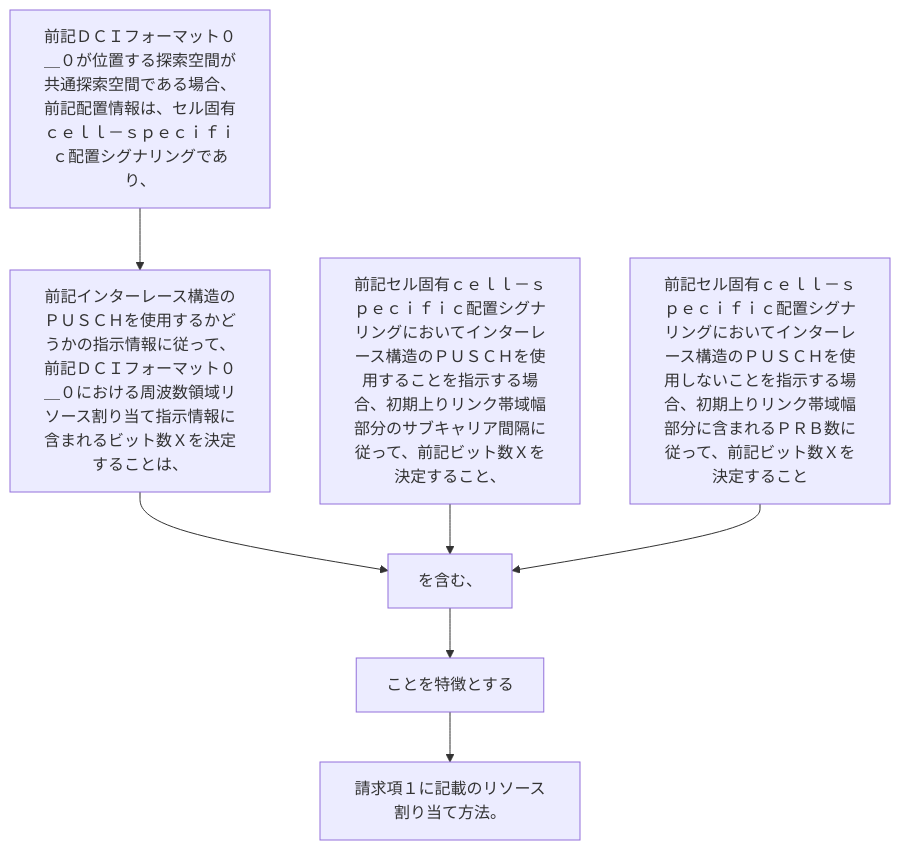
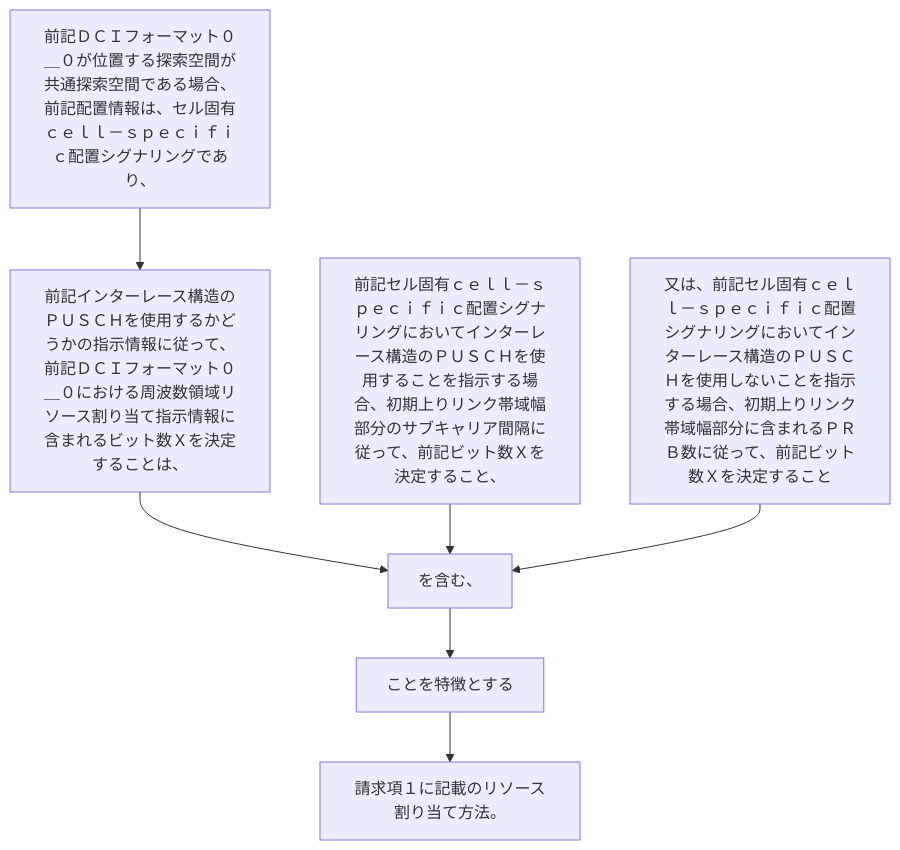
The diagram in 2024/JP2024029186A/claim_6/README.md (shinmori55/patent_analyzed), drawn with Mermaid before and after one commit. The commit also changed 336 other files, not shown here.

````diff
--- a/2024/JP2024029186A/claim_6/README.md
+++ b/2024/JP2024029186A/claim_6/README.md
@@ -6,17 +6,16 @@
 ```mermaid
 flowchart TD
-A["前記ＤＣＩフォーマット０＿０が位置する探索空間が共通探索空間である場合、前記配置情報は、セル固有ｃｅｌｌ－ｓｐｅｃｉｆｉｃ配置シグナリングであり、"]
-B["前記インターレース構造のＰＵＳＣＨを使用するかどうかの指示情報に従って、前記ＤＣＩフォーマット０＿０における周波数領域リソース割り当て指示情報に含まれるビット数Ｘを決定することは、"]
-C["前記セル固有ｃｅｌｌ－ｓｐｅｃｉｆｉｃ配置シグナリングにおいてインターレース構造のＰＵＳＣＨを使用することを指示する場合、初期上りリンク帯域幅部分のサブキャリア間隔に従って、前記ビット数Ｘを決定すること、"]
-E["前記セル固有ｃｅｌｌ－ｓｐｅｃｉｆｉｃ配置シグナリングにおいてインターレース構造のＰＵＳＣＨを使用しないことを指示する場合、初期上りリンク帯域幅部分に含まれるＰＲＢ数に従って、前記ビット数Ｘを決定すること"]
-F["を含む、"]
-G["ことを特徴とする"]
-H["請求項１に記載のリソース割り当て方法。"]
-
+A[前記ＤＣＩフォーマット０＿０が位置する探索空間が共通探索空間である場合、前記配置情報は、セル固有ｃｅｌｌ－ｓｐｅｃｉｆｉｃ配置シグナリングであり、]
+B[前記インターレース構造のＰＵＳＣＨを使用するかどうかの指示情報に従って、前記ＤＣＩフォーマット０＿０における周波数領域リソース割り当て指示情報に含まれるビット数Ｘを決定することは、]
+C[前記セル固有ｃｅｌｌ－ｓｐｅｃｉｆｉｃ配置シグナリングにおいてインターレース構造のＰＵＳＣＨを使用することを指示する場合、初期上りリンク帯域幅部分のサブキャリア間隔に従って、前記ビット数Ｘを決定すること、]
+D[又は、前記セル固有ｃｅｌｌ－ｓｐｅｃｉｆｉｃ配置シグナリングにおいてインターレース構造のＰＵＳＣＨを使用しないことを指示する場合、初期上りリンク帯域幅部分に含まれるＰＲＢ数に従って、前記ビット数Ｘを決定すること]
+E[を含む、]
+F[ことを特徴とする]
+G[請求項１に記載のリソース割り当て方法。]
 A --> B
-B --> F
-C --> F
+B --> E
+C --> E
+D --> E
 E --> F
 F --> G
-G --> H
 ```
````
